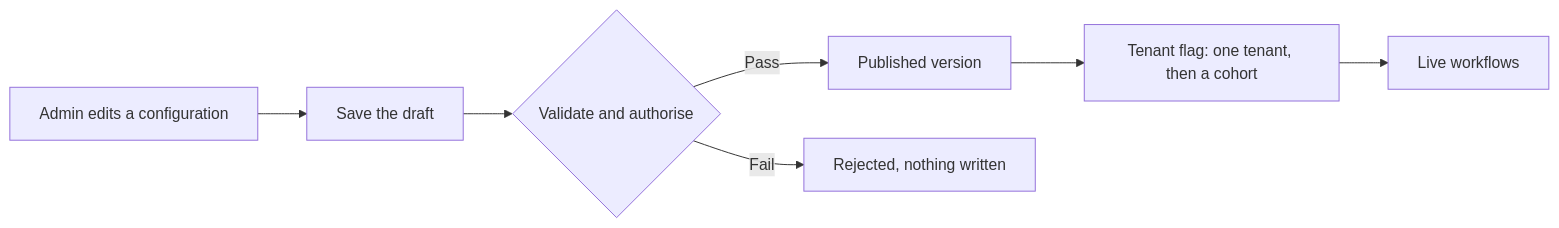
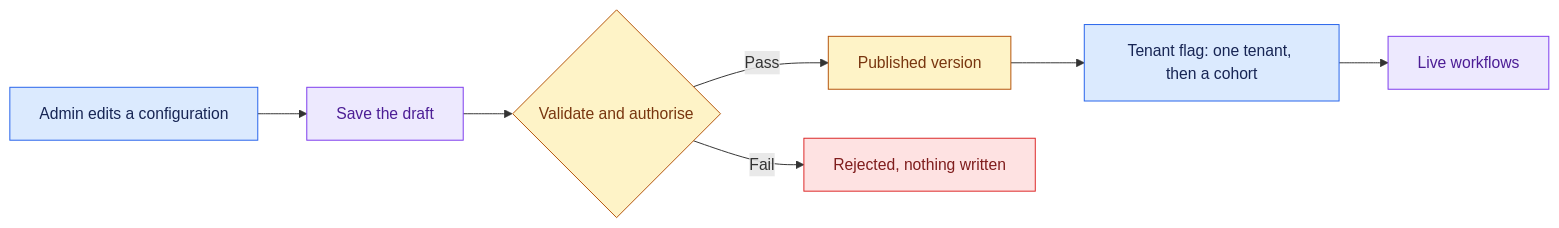
Before and after one commit to Sourav692/Forward-Deployed-Engineer-Interview-Prep: the diagram in site/case-pages/configurable-platform-customer-workflows/introduction.md, drawn with Mermaid. The commit also changed other lines of this file and 1268 other files, not shown here.

First line of the commit message:
content: polish Casebook writing and Mermaid diagrams (#251)

````diff
--- a/site/case-pages/configurable-platform-customer-workflows/introduction.md
+++ b/site/case-pages/configurable-platform-customer-workflows/introduction.md
@@ -15,9 +16,19 @@
 ```mermaid
 flowchart LR
   A[Admin edits a configuration] --> B[Save the draft]
   B --> C{Validate and authorise}
   C -->|Pass| D[Published version]
   D --> E[Tenant flag: one tenant, then a cohort]
   E --> F[Live workflows]
   C -->|Fail| G[Rejected, nothing written]
+
+    %% Casebook colours: entry, reasoning, results, controls, and stopped paths.
+    classDef cbInput fill:#dbeafe,stroke:#2563eb,color:#172554
+    class A,E cbInput
+    classDef cbReason fill:#ede9fe,stroke:#7c3aed,color:#4c1d95
+    class B,F cbReason
+    classDef cbPolicy fill:#fef3c7,stroke:#b45309,color:#78350f
+    class C,D cbPolicy
+    classDef cbStop fill:#fee2e2,stroke:#dc2626,color:#7f1d1d
+    class G cbStop
 ```
````
